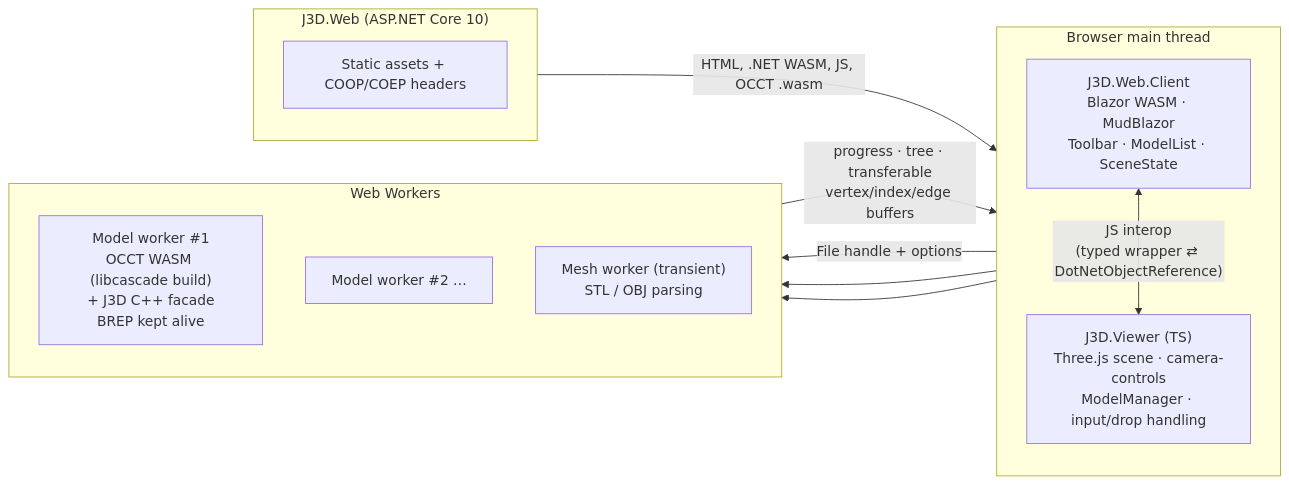
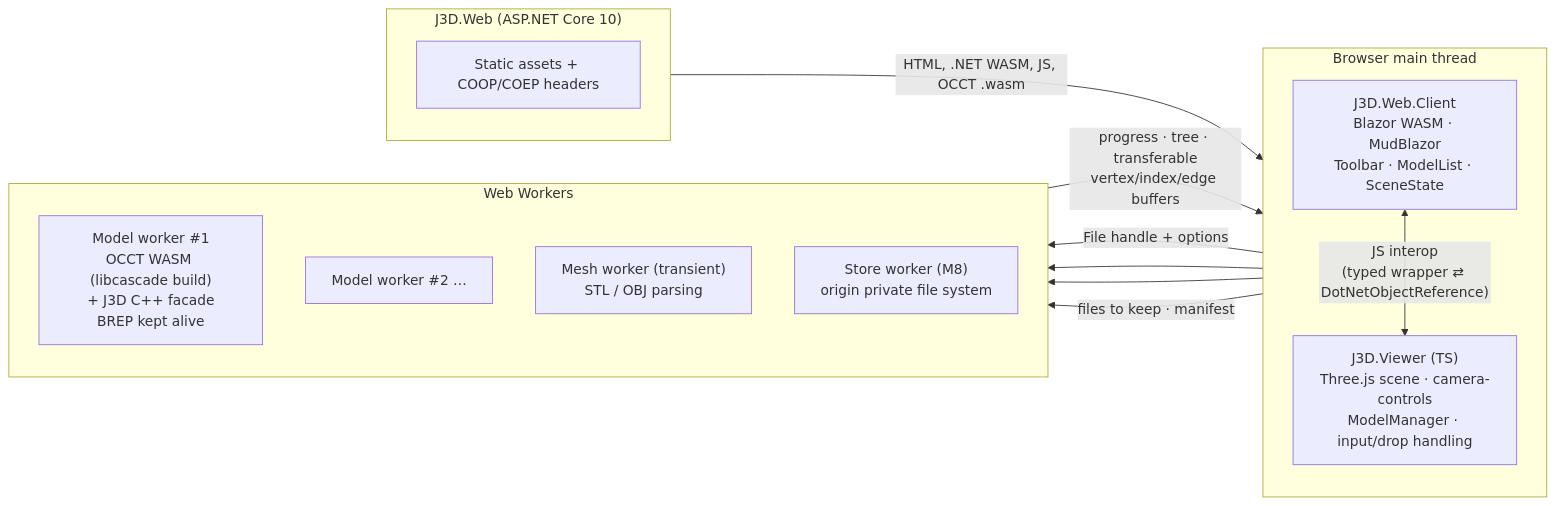
Before and after one commit to JRB-90/j3d: the diagram in docs/plan.md, drawn with Mermaid. The commit also changed other lines of this file and 37 other files, not shown here.

````diff
--- a/docs/plan.md
+++ b/docs/plan.md
@@ -220,26 +229,28 @@
 ```mermaid
 flowchart LR
   subgraph Host["J3D.Web (ASP.NET Core 10)"]
     H1["Static assets + COOP/COEP headers"]
   end
 
   subgraph Page["Browser main thread"]
     direction TB
     B["J3D.Web.Client<br/>Blazor WASM · MudBlazor<br/>Toolbar · ModelList · SceneState"]
     V["J3D.Viewer (TS)<br/>Three.js scene · camera-controls<br/>ModelManager · input/drop handling"]
     B <-- "JS interop<br/>(typed wrapper ⇄ DotNetObjectReference)" --> V
   end
 
   subgraph Workers["Web Workers"]
     direction TB
     W1["Model worker #1<br/>OCCT WASM (libcascade build)<br/>+ J3D C++ facade<br/>BREP kept alive"]
     W2["Model worker #2 …"]
     M["Mesh worker (transient)<br/>STL / OBJ parsing"]
+    S["Store worker (M8)<br/>origin private file system"]
   end
 
   Host -- "HTML, .NET WASM, JS, OCCT .wasm" --> Page
   V -- "File handle + options" --> W1
   W1 -- "progress · tree · transferable<br/>vertex/index/edge buffers" --> V
   V --> W2
   V --> M
+  V -- "files to keep · manifest" --> S
 ```
````
